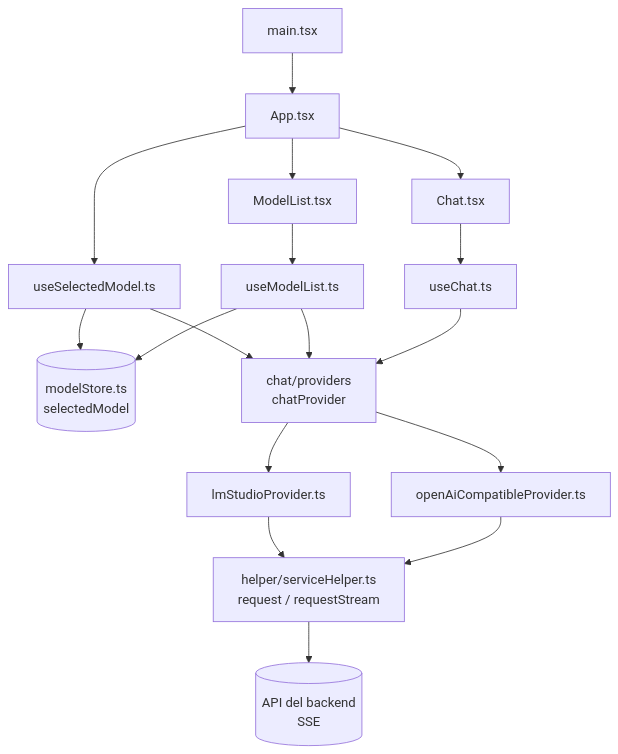
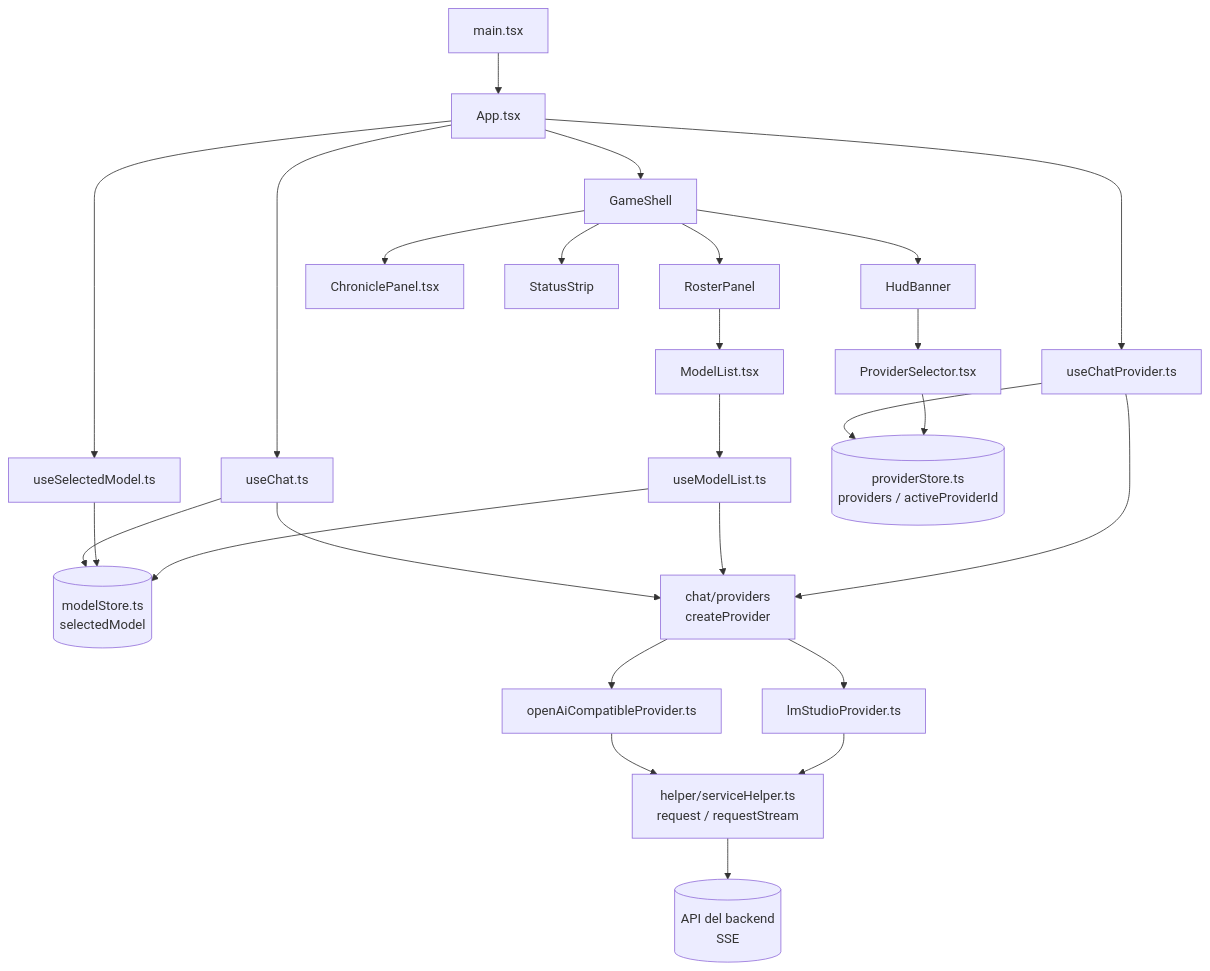
Before and after one commit to gaston38kpo/mini-chat-ia: the first of 2 diagrams in docs/arquitectura.md, drawn with Mermaid. The commit also changed other lines of this file and 4 other files, not shown here.

````diff
--- a/docs/arquitectura.md
+++ b/docs/arquitectura.md
@@ -10,23 +14,31 @@
 ```mermaid
 graph TD
     main[main.tsx] --> App[App.tsx]
+    App --> useChatProvider[useChatProvider.ts]
     App --> useSelectedModel[useSelectedModel.ts]
-    App --> ModelList[ModelList.tsx]
-    App --> Chat[Chat.tsx]
-    ModelList --> useModelList[useModelList.ts]
-    Chat --> useChat[useChat.ts]
+    App --> useChat[useChat.ts]
 
-    useSelectedModel --> store[(modelStore.ts<br/>selectedModel)]
-    useModelList --> store
+    App --> shell[GameShell]
+    shell --> hud[HudBanner] --> selector[ProviderSelector.tsx]
+    shell --> roster[RosterPanel] --> modelList[ModelList.tsx]
+    shell --> chronicle[ChroniclePanel.tsx]
+    shell --> status[StatusStrip]
 
-    useSelectedModel --> provider
-    useModelList --> provider
-    useChat --> provider
+    modelList --> useModelList[useModelList.ts]
+    useModelList --> modelStore[(modelStore.ts<br/>selectedModel)]
+    useSelectedModel --> modelStore
+    useChat --> modelStore
 
-    provider[chat/providers<br/>chatProvider] --> lm[lmStudioProvider.ts]
-    provider --> oai[openAiCompatibleProvider.ts]
+    selector --> providerStore[(providerStore.ts<br/>providers / activeProviderId)]
+    useChatProvider --> providerStore
+    useChatProvider --> factory[chat/providers<br/>createProvider]
+    useModelList --> factory
+    useChat --> factory
+
+    factory --> lm[lmStudioProvider.ts]
+    factory --> oai[openAiCompatibleProvider.ts]
 
     lm --> transport[helper/serviceHelper.ts<br/>request / requestStream]
     oai --> transport
     transport --> API[(API del backend<br/>SSE)]
 ```
````
